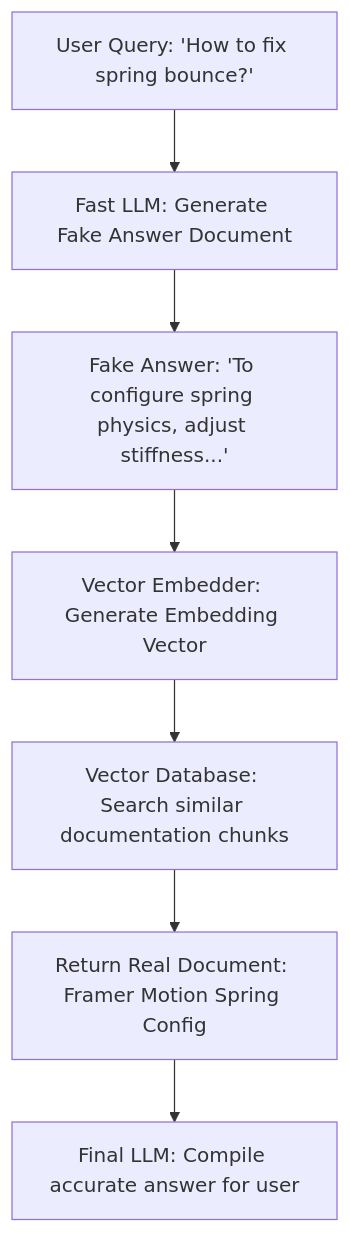
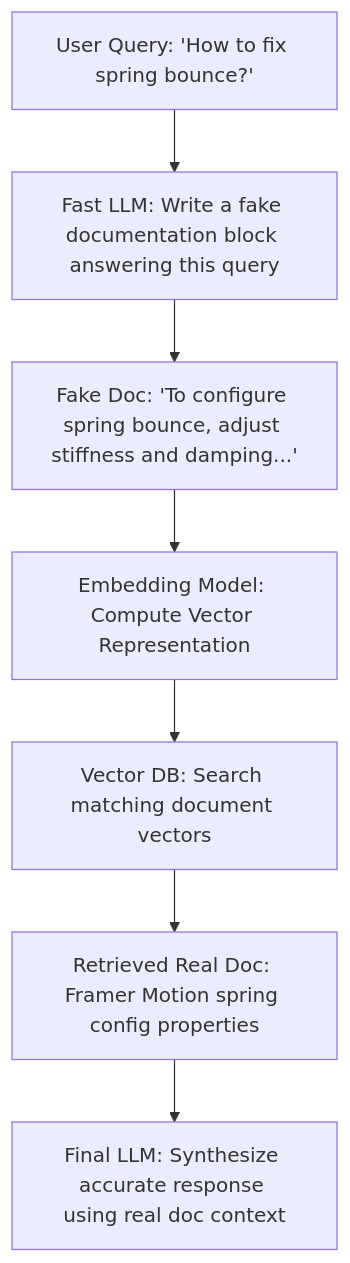
One commit to itishacodes/MindDump changed the diagram in content/AI/My-LLM-Kept-Gaslighting-Me-So-I-Built-a-Fake-Document-Pipeline-to-Stop-It.md. Above: the diagram before and after it, drawn with Mermaid. The commit also changed other lines of this file and 1 other file, not shown here.

````diff
--- a/content/AI/My-LLM-Kept-Gaslighting-Me-So-I-Built-a-Fake-Document-Pipeline-to-Stop-It.md
+++ b/content/AI/My-LLM-Kept-Gaslighting-Me-So-I-Built-a-Fake-Document-Pipeline-to-Stop-It.md
@@ -36,9 +46,9 @@
 ```mermaid
 graph TD
-    A["User Query: 'How to fix spring bounce?'"] --> B["Fast LLM: Generate Fake Answer Document"]
-    B --> C["Fake Answer: 'To configure spring physics, adjust stiffness...'"]
-    C --> D["Vector Embedder: Generate Embedding Vector"]
-    D --> E["Vector Database: Search similar documentation chunks"]
-    E --> F["Return Real Document: Framer Motion Spring Config"]
-    F --> G["Final LLM: Compile accurate answer for user"]
+    A["User Query: 'How to fix spring bounce?'"] --> B["Fast LLM: Write a fake documentation block answering this query"]
+    B --> C["Fake Doc: 'To configure spring bounce, adjust stiffness and damping...'"]
+    C --> D["Embedding Model: Compute Vector Representation"]
+    D --> E["Vector DB: Search matching document vectors"]
+    E --> F["Retrieved Real Doc: Framer Motion spring config properties"]
+    F --> G["Final LLM: Synthesize accurate response using real doc context"]
 ```
````
